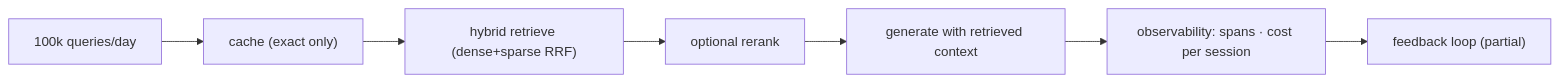
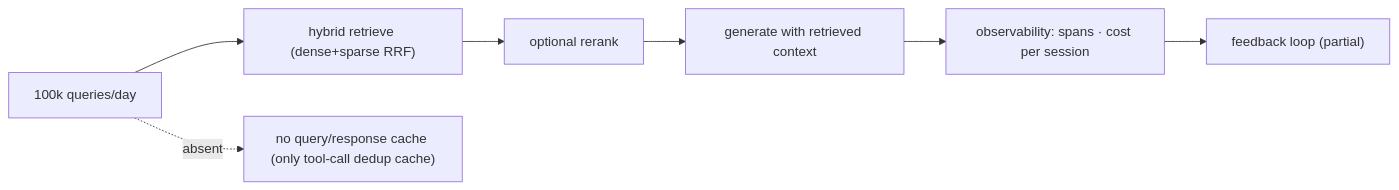
One commit to michaelatamuk/openjiuwen-jiuwenswarm changed the third of 13 diagrams in docs-michael/interview_questions/05-rag-system-design.md. Above: the diagram before and after it, drawn with Mermaid. The commit also changed other lines of this file and 6 other files, not shown here.

````diff
--- a/docs-michael/interview_questions/05-rag-system-design.md
+++ b/docs-michael/interview_questions/05-rag-system-design.md
@@ -48,7 +48,8 @@
 ```mermaid
 flowchart LR
-    Q["100k queries/day"] --> CACHE["cache (exact only)"] --> RET["hybrid retrieve (dense+sparse RRF)"]
+    Q["100k queries/day"] --> RET["hybrid retrieve (dense+sparse RRF)"]
+    Q -.->|"absent"| CACHE["no query/response cache (only tool-call dedup cache)"]
     RET --> RR["optional rerank"] --> GEN["generate with retrieved context"]
     GEN --> OBS["observability: spans · cost per session"]
     OBS --> FB["feedback loop (partial)"]
 ```
````
